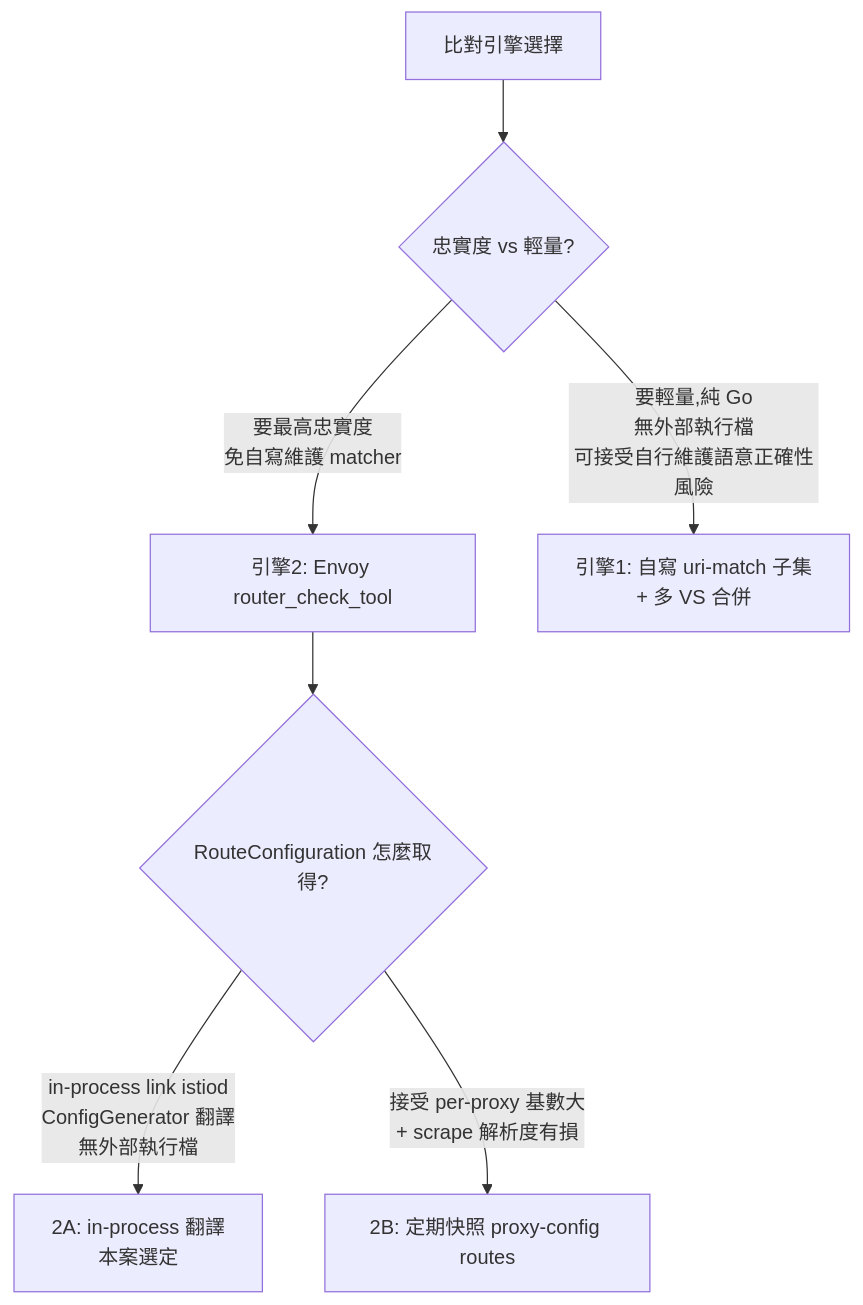
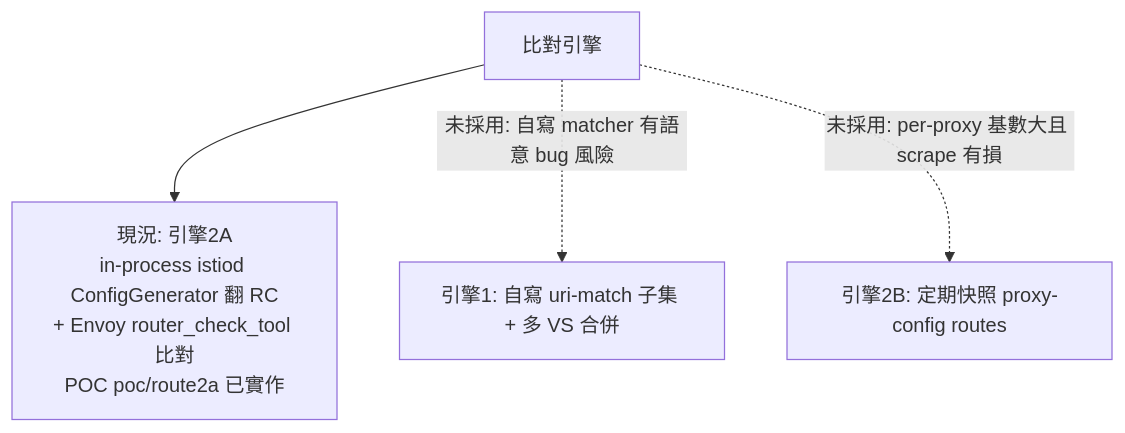
Before and after one commit to jcswiftie13/custom-k8s-resource-metadata-watcher: the third of 6 diagrams in docs/istio-virtualservice-routing-history-design.md, drawn with Mermaid. The commit also changed other lines of this file and 12 other files, not shown here.

````diff
--- a/docs/istio-virtualservice-routing-history-design.md
+++ b/docs/istio-virtualservice-routing-history-design.md
@@ -67,9 +92,6 @@
 ```mermaid
 graph TD
-    A[比對引擎選擇] --> B{忠實度 vs 輕量?}
-    B -->|要最高忠實度<br/>免自寫維護 matcher| C[引擎2: Envoy router_check_tool]
-    C --> D{RouteConfiguration 怎麼取得?}
-    D -->|in-process link istiod<br/>ConfigGenerator 翻譯<br/>無外部執行檔| E[2A: in-process 翻譯<br/>本案選定]
-    D -->|接受 per-proxy 基數大<br/>+ scrape 解析度有損| F[2B: 定期快照 proxy-config routes]
-    B -->|要輕量,純 Go<br/>無外部執行檔<br/>可接受自行維護語意正確性風險| G[引擎1: 自寫 uri-match 子集<br/>+ 多 VS 合併]
+    A[比對引擎] --> B[現況: 引擎2A<br/>in-process istiod ConfigGenerator 翻 RC<br/>+ Envoy router_check_tool 比對<br/>POC poc/route2a 已實作]
+    A -.->|未採用: 自寫 matcher 有語意 bug 風險| C[引擎1: 自寫 uri-match 子集 + 多 VS 合併]
+    A -.->|未採用: per-proxy 基數大且 scrape 有損| D[引擎2B: 定期快照 proxy-config routes]
 ```
````
